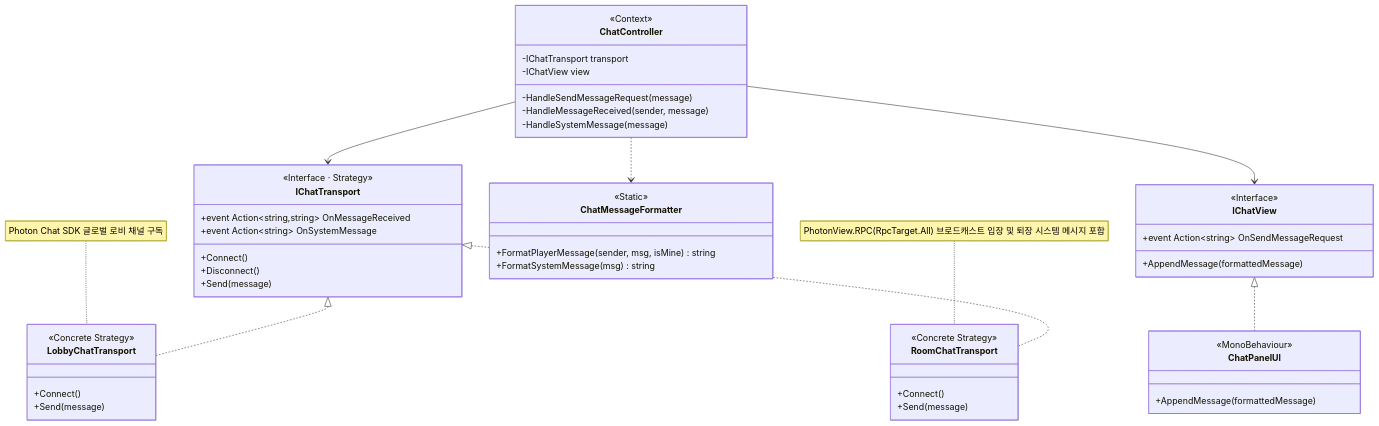
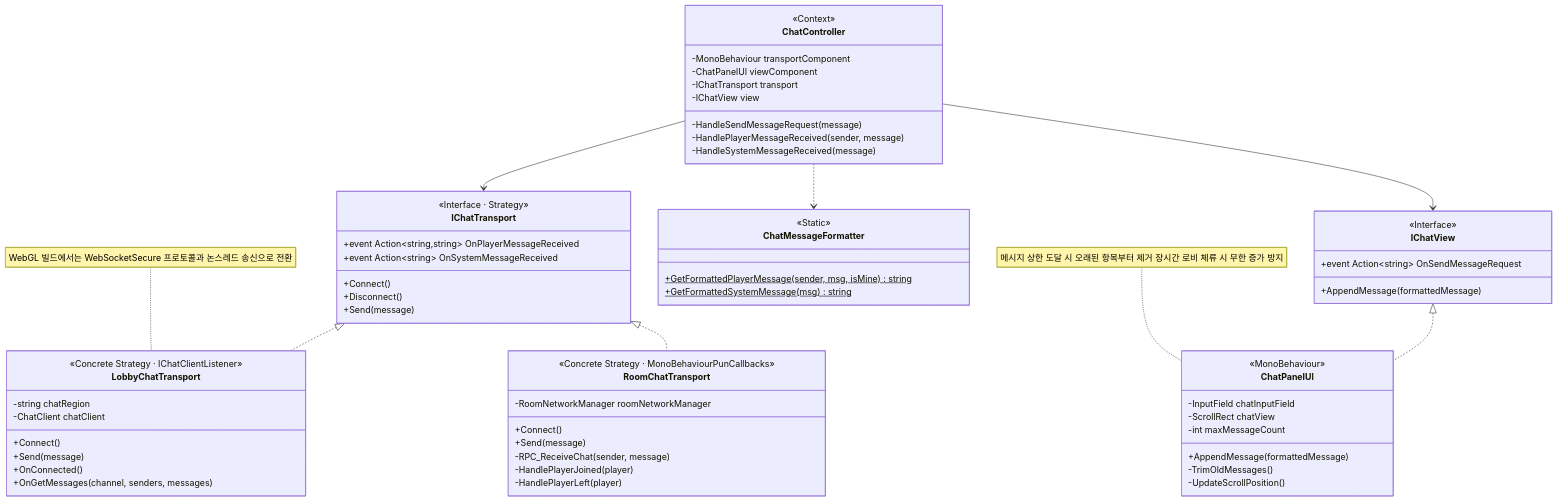
Diagram 12 of 15 in Docs/ClassDiagram.md (dbwoaud/ElementalWar_portfolio), drawn with Mermaid before and after one commit. The commit also changed other lines of this file, not shown here.

````diff
--- a/Docs/ClassDiagram.md
+++ b/Docs/ClassDiagram.md
@@ -812,58 +931,73 @@
 ```mermaid
 classDiagram
     class ChatController {
         <<Context>>
+        -MonoBehaviour transportComponent
+        -ChatPanelUI viewComponent
         -IChatTransport transport
         -IChatView view
         -HandleSendMessageRequest(message)
-        -HandleMessageReceived(sender, message)
-        -HandleSystemMessage(message)
+        -HandlePlayerMessageReceived(sender, message)
+        -HandleSystemMessageReceived(message)
     }
 
     class IChatTransport {
         <<Interface · Strategy>>
-        +event Action~string,string~ OnMessageReceived
-        +event Action~string~ OnSystemMessage
+        +event Action~string,string~ OnPlayerMessageReceived
+        +event Action~string~ OnSystemMessageReceived
         +Connect()
         +Disconnect()
         +Send(message)
     }
 
     class LobbyChatTransport {
-        <<Concrete Strategy>>
+        <<Concrete Strategy · IChatClientListener>>
+        -string chatRegion
+        -ChatClient chatClient
         +Connect()
         +Send(message)
+        +OnConnected()
+        +OnGetMessages(channel, senders, messages)
     }
-    note for LobbyChatTransport "Photon Chat SDK 글로벌 로비 채널 구독" 
+    note for LobbyChatTransport "WebGL 빌드에서는 WebSocketSecure 프로토콜과 논스레드 송신으로 전환"
 
     class RoomChatTransport {
-        <<Concrete Strategy>>
+        <<Concrete Strategy · MonoBehaviourPunCallbacks>>
+        -RoomNetworkManager roomNetworkManager
         +Connect()
         +Send(message)
+        -RPC_ReceiveChat(sender, message)
+        -HandlePlayerJoined(player)
+        -HandlePlayerLeft(player)
     }
-    note for RoomChatTransport "PhotonView.RPC(RpcTarget.All) 브로드캐스트 입장 및 퇴장 시스템 메시지 포함" 
 
     class IChatView {
         <<Interface>>
         +event Action~string~ OnSendMessageRequest
         +AppendMessage(formattedMessage)
     }
 
     class ChatPanelUI {
         <<MonoBehaviour>>
+        -InputField chatInputField
+        -ScrollRect chatView
+        -int maxMessageCount
         +AppendMessage(formattedMessage)
+        -TrimOldMessages()
+        -UpdateScrollPosition()
     }
+    note for ChatPanelUI "메시지 상한 도달 시 오래된 항목부터 제거 장시간 로비 체류 시 무한 증가 방지"
 
     class ChatMessageFormatter {
         <<Static>>
-        +FormatPlayerMessage(sender, msg, isMine) string
-        +FormatSystemMessage(msg) string
+        +GetFormattedPlayerMessage(sender, msg, isMine) string$
+        +GetFormattedSystemMessage(msg) string$
     }
 
     IChatTransport <|.. LobbyChatTransport
     IChatTransport <|.. RoomChatTransport
     IChatView <|.. ChatPanelUI
     ChatController --> IChatTransport
     ChatController --> IChatView
     ChatController ..> ChatMessageFormatter
 ```
````
